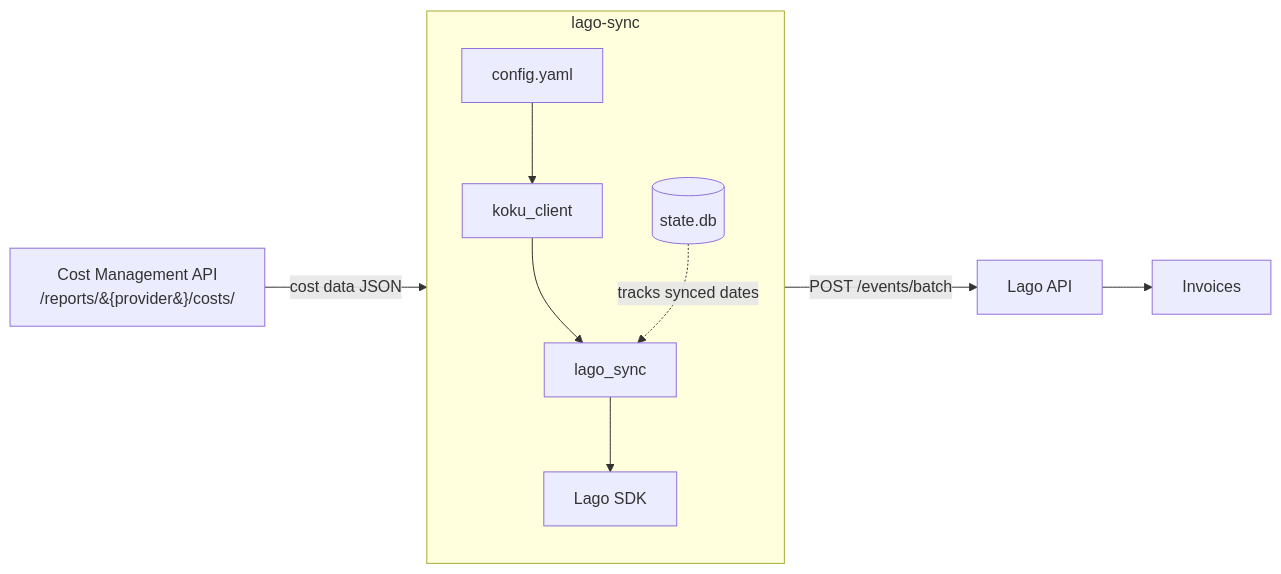
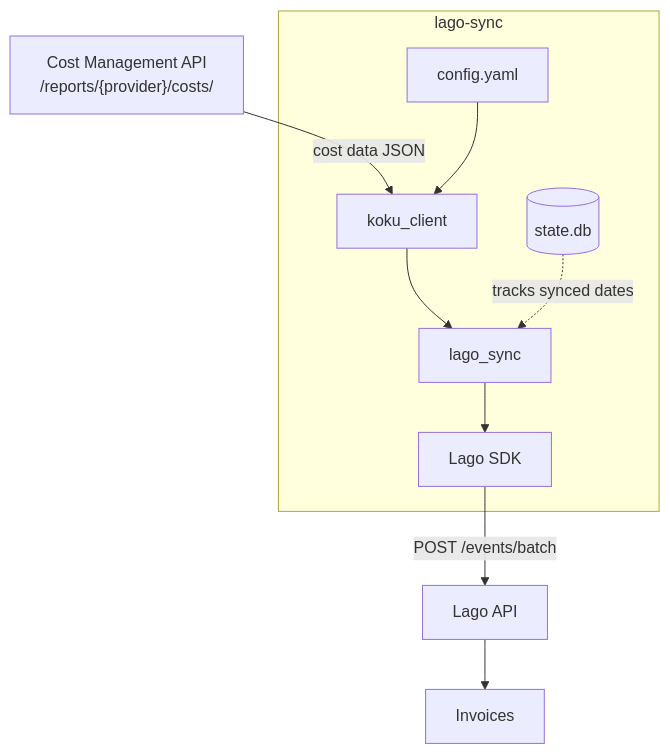
One commit to pgarciaq/lago-integration-sample changed the diagram in README.md. Above: the diagram before and after it, drawn with Mermaid.

Commit message:
Make architecture diagram vertical for better readability

````diff
--- a/README.md
+++ b/README.md
@@ -7,15 +7,15 @@
 ```mermaid
-flowchart LR
+flowchart TD
+    CM["Cost Management API<br/>/reports/{provider}/costs/"]
+    CM -->|cost data JSON| KOKU
+
     subgraph lago-sync
-        direction TB
         CONFIG[config.yaml] --> KOKU[koku_client]
         KOKU --> SYNC[lago_sync]
         SYNC --> PUSH[Lago SDK]
-        STATE[(state.db)]
+        STATE[(state.db)] -.->|tracks synced dates| SYNC
     end
 
-    CM["Cost Management API<br/>/reports/&#123;provider&#125;/costs/"] -->|cost data JSON| KOKU
     PUSH -->|POST /events/batch| LAGO[Lago API]
     LAGO --> INV[Invoices]
-    STATE -.->|tracks synced dates| SYNC
 ```
````
